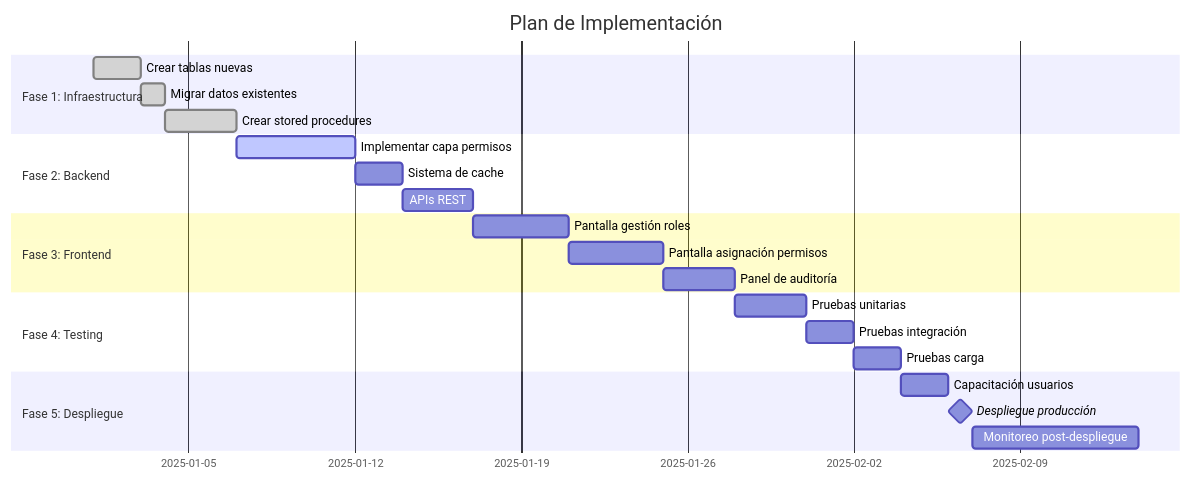
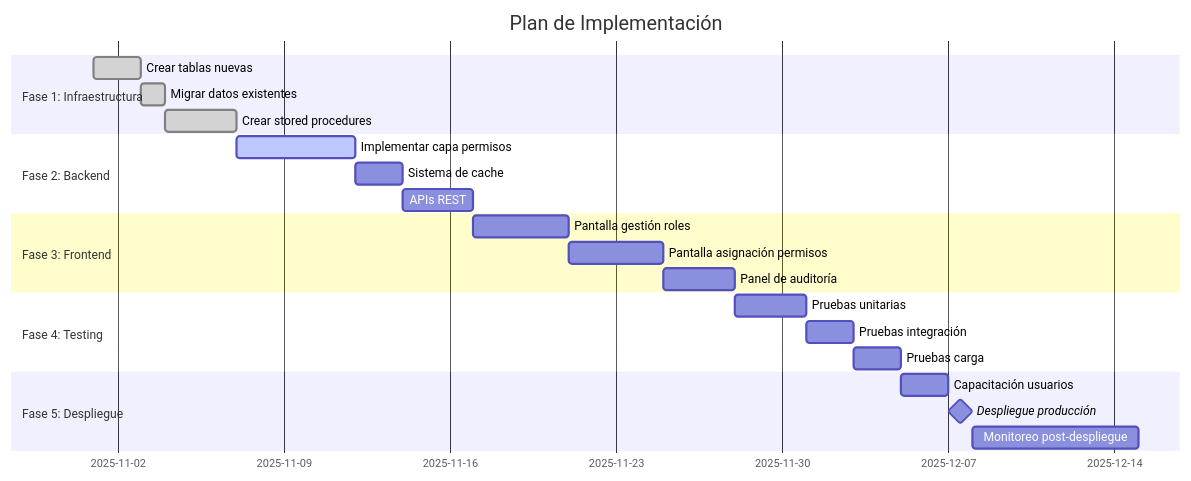
Diagram 13 of 13 in rolesPermisosDoc.md (RoyDevTEAM/DOCUMENTOS-BBO), drawn with Mermaid before and after one commit.

Commit message:
Update implementation plan date for table creation

````diff
--- a/rolesPermisosDoc.md
+++ b/rolesPermisosDoc.md
@@ -608,29 +608,29 @@
 ```mermaid
 gantt
     title Plan de Implementación
     dateFormat YYYY-MM-DD
     section Fase 1: Infraestructura
-    Crear tablas nuevas           :done, f1a, 2025-01-01, 2d
+    Crear tablas nuevas           :done, f1a, 2025-11-01, 2d
     Migrar datos existentes        :done, f1b, after f1a, 1d
     Crear stored procedures        :done, f1c, after f1b, 3d
     
     section Fase 2: Backend
     Implementar capa permisos      :active, f2a, after f1c, 5d
     Sistema de cache               :f2b, after f2a, 2d
     APIs REST                      :f2c, after f2b, 3d
     
     section Fase 3: Frontend
     Pantalla gestión roles         :f3a, after f2c, 4d
     Pantalla asignación permisos   :f3b, after f3a, 4d
     Panel de auditoría             :f3c, after f3b, 3d
     
     section Fase 4: Testing
     Pruebas unitarias              :f4a, after f3c, 3d
     Pruebas integración            :f4b, after f4a, 2d
     Pruebas carga                  :f4c, after f4b, 2d
     
     section Fase 5: Despliegue
     Capacitación usuarios          :f5a, after f4c, 2d
     Despliegue producción          :milestone, f5b, after f5a, 1d
     Monitoreo post-despliegue      :f5c, after f5b, 7d
 ```
````
